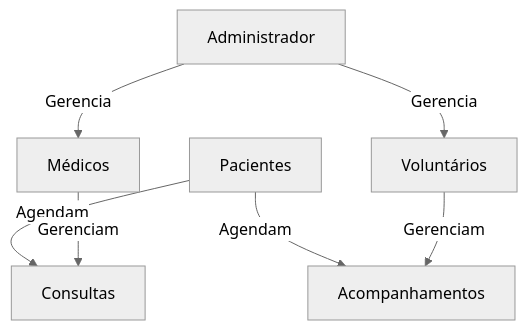
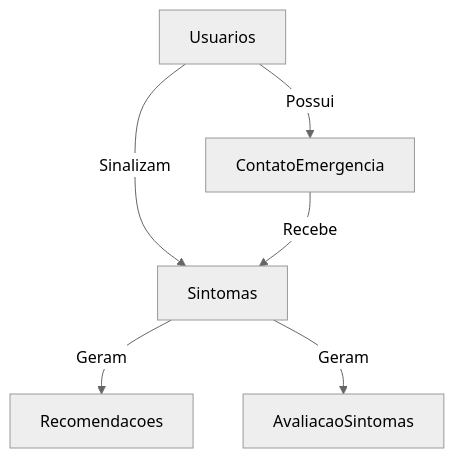
One commit to thayssamaneo/vitale changed the first of 2 diagrams in README.md. Above: the diagram before and after it, drawn with Mermaid (neutral theme). The commit also changed other lines of this file, not shown here.

Commit message:
Update UML and ER diagrams in README

````diff
--- a/README.md
+++ b/README.md
@@ -182,9 +120,8 @@
 ```mermaid
 flowchart TD
-    A[Administrador] --> |Gerencia| H
-    A --> |Gerencia| I
-    C[Pacientes] -->|Agendam| F[Consultas]
-    C[Pacientes] -->|Agendam| G[Acompanhamentos]
-    H[Médicos] --> |Gerenciam| F[Consultas]
-    I[Voluntários] --> |Gerenciam| G
+    A[Usuarios] --> |Possui| H
+    A --> |Sinalizam| I
+    H[ContatoEmergencia] -->|Recebe| I
+    I[Sintomas] -->|Geram| B[Recomendacoes]
+    I -->|Geram| C[AvaliacaoSintomas]
 ```
````
